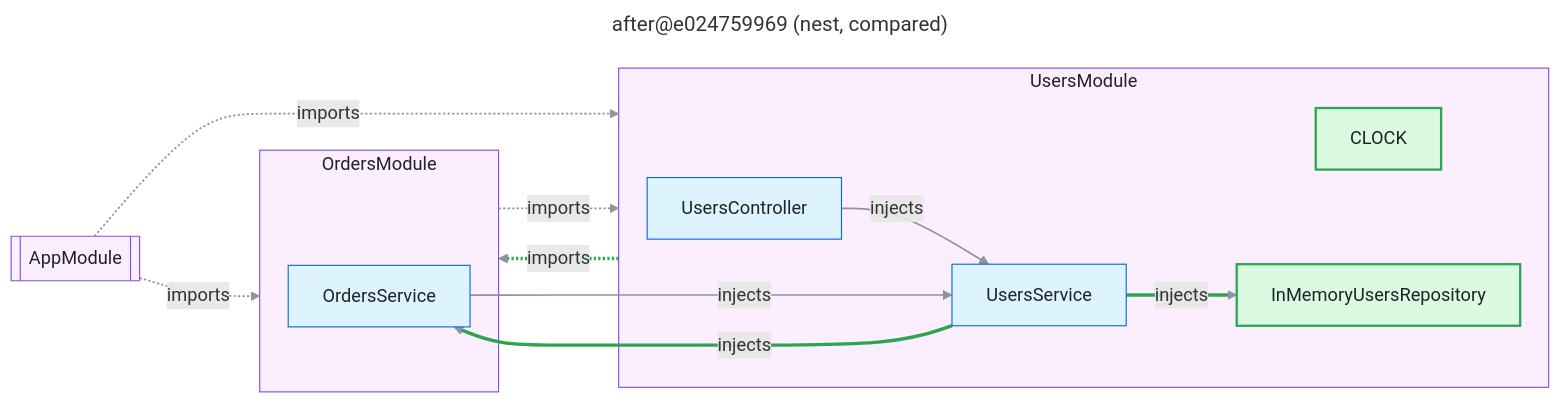
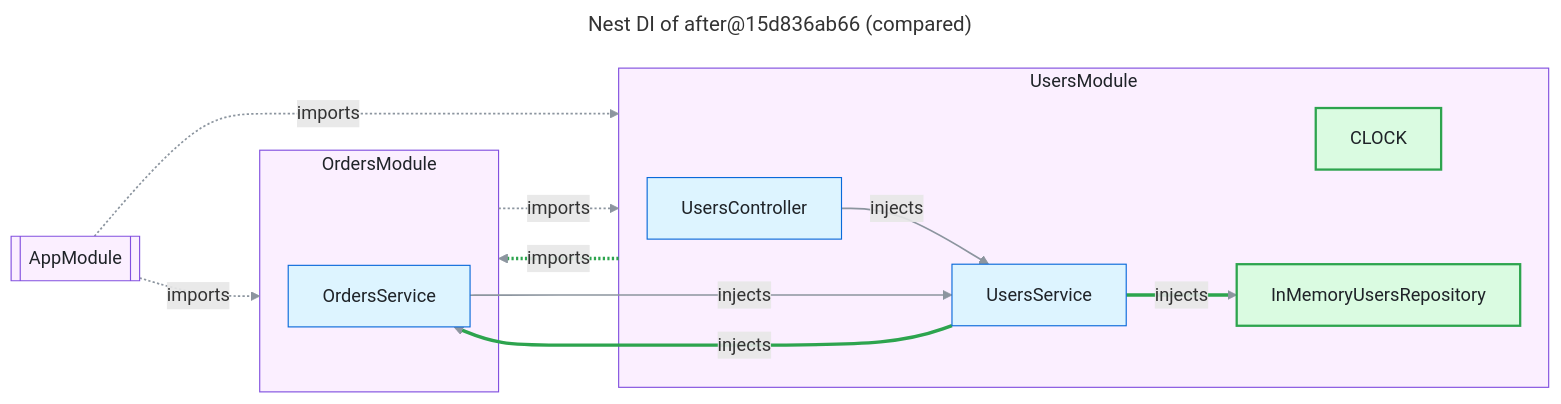
The diagram in examples/nest-shop/nest-compare.mmd (FullFran/archsieve), drawn with Mermaid before and after one commit. The commit also changed 13 other files, not shown here.

First line of the commit message:
feat(render): titled, budgeted and zoomable diagrams with a markdown view

```diff
--- a/examples/nest-shop/nest-compare.mmd
+++ b/examples/nest-shop/nest-compare.mmd
@@ -1,33 +1,35 @@
 ---
-title: after@e024759969 (nest, compared)
+title: "Nest DI of after@15d836ab66 (compared)"
 ---
 flowchart LR
   n1[["AppModule"]]:::module
   subgraph n2["OrdersModule"]
     n4["OrdersService"]:::code
   end
   style n2 fill:#fbefff,stroke:#8250df,color:#1f2328
   subgraph n3["UsersModule"]
     n0["UsersController"]:::code
     n5["CLOCK"]:::added
     n6["InMemoryUsersRepository"]:::added
     n7["UsersService"]:::code
   end
   style n3 fill:#fbefff,stroke:#8250df,color:#1f2328
   n0 -->|"injects"| n7
   n1 -.->|"imports"| n2
   n1 -.->|"imports"| n3
   n2 -.->|"imports"| n3
   n3 -.->|"imports"| n2
   n4 -->|"injects"| n7
   n7 -->|"injects"| n4
   n7 -->|"injects"| n6
   linkStyle default stroke:#8c959f,stroke-width:1.5px
   linkStyle 4 stroke:#2da44e,stroke-width:3px
   linkStyle 6 stroke:#2da44e,stroke-width:3px
   linkStyle 7 stroke:#2da44e,stroke-width:3px
   classDef code fill:#ddf4ff,stroke:#0969da,color:#1f2328
   classDef external fill:#fff8c5,stroke:#9a6700,color:#1f2328
   classDef module fill:#fbefff,stroke:#8250df,color:#1f2328
   classDef added fill:#dafbe1,stroke:#2da44e,stroke-width:2px,color:#1f2328
   classDef removed fill:#ffebe9,stroke:#cf222e,stroke-dasharray:4 3,color:#1f2328
+  classDef boundary fill:#f6f8fa,stroke:#57606a,stroke-dasharray:6 4,color:#1f2328
+  classDef focus fill:#ddf4ff,stroke:#0969da,stroke-width:4px,color:#1f2328
```
